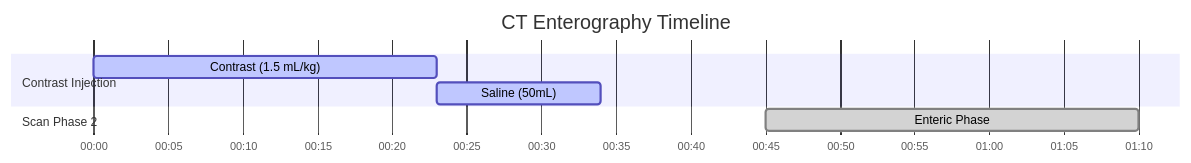
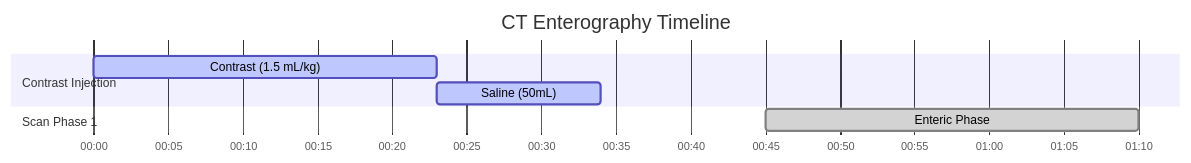
One commit to dfergs93/radiology-protocols changed the diagram in docs/ct/abdomen/ct-enterography.md. Above: the diagram before and after it, drawn with Mermaid. The commit also changed 79 other files, not shown here.

````diff
--- a/docs/ct/abdomen/ct-enterography.md
+++ b/docs/ct/abdomen/ct-enterography.md
@@ -82,16 +82,16 @@
   ```mermaid
   ---
   config:
     theme: default
   ---
     gantt
       title CT Enterography Timeline
       dateFormat mm:ss
       axisFormat %M:%S 
       
       section Contrast Injection
       Contrast (1.5 mL/kg)    :active, contrast, 00:00, 23s
       Saline (50mL)          :active, saline, after contrast, 11s
-      section Scan Phase 2
-      Enteric Phase    :done, scan2, 00:45, 25s
+      section Scan Phase 1
+      Enteric Phase    :done, scan1, 00:45, 25s
   ```
````
